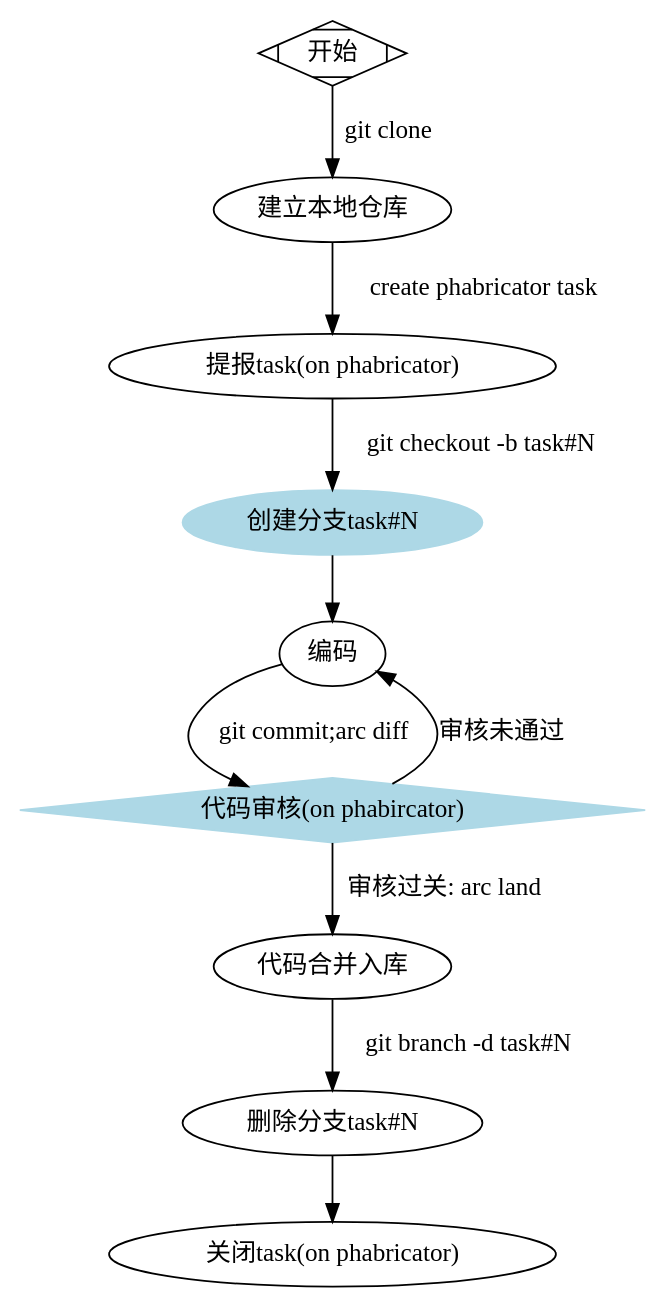
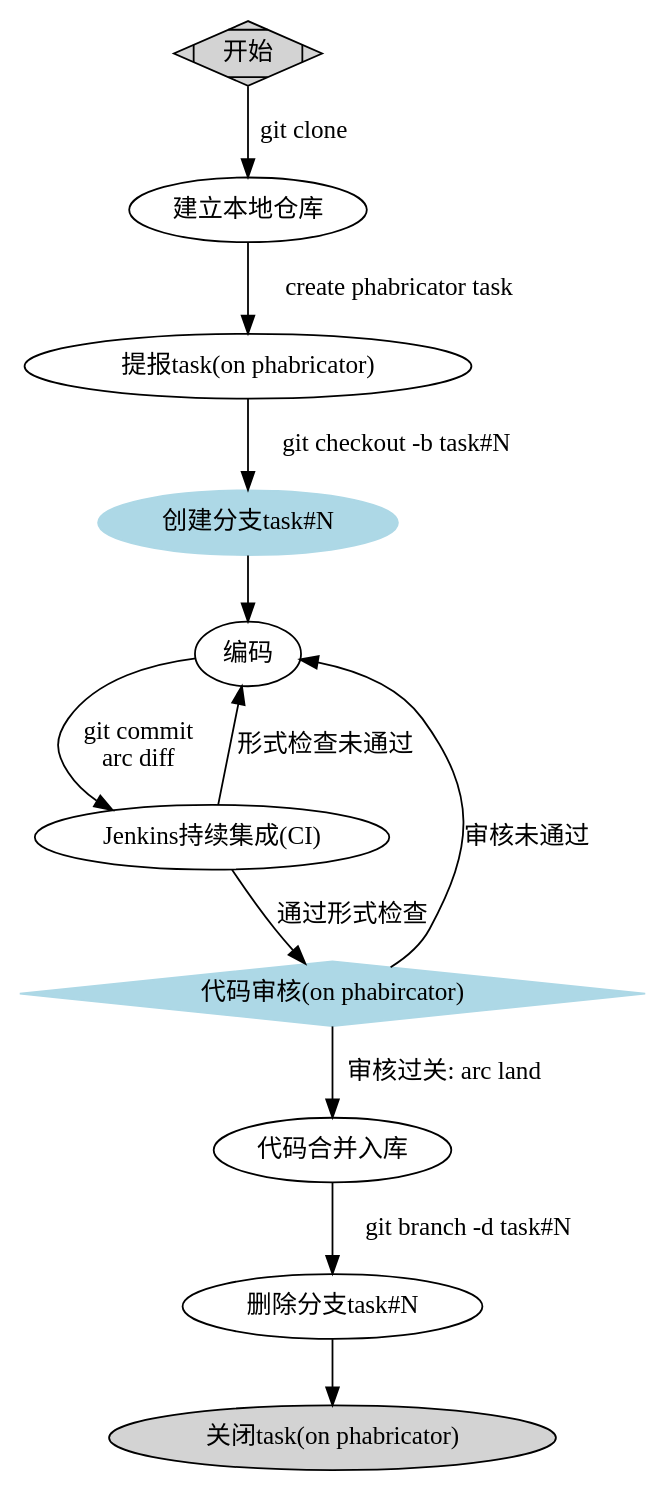
Before and after one commit to subaochen/blog: the diagram in imgs/project-management/git-phabricator.dot, drawn with Graphviz. The commit also changed 2 other files, not shown here.

```diff
--- a/imgs/project-management/git-phabricator.dot
+++ b/imgs/project-management/git-phabricator.dot
@@ -1,25 +1,28 @@
 digraph G {
-    begin[label = "开始", shape=Mdiamond];
+    begin[label = "开始", shape=Mdiamond, style=filled];
     local_repo[label = "建立本地仓库"];
     create_issue[label = "提报task(on phabricator)"];
     create_branch[label = "创建分支task#N",color="lightblue",style=filled];
     coding[label="编码"];
+    jenkins[label="Jenkins持续集成(CI)"];
     code_review[label = "代码审核(on phabircator)",shape=diamond,color="lightblue",style=filled];
     code_merge[label = "代码合并入库"];
     remove_branch[label="删除分支task#N"];
-    close_issue[label="关闭task(on phabricator)"];
+    close_issue[label="关闭task(on phabricator)",style=filled];
 
 
 
     begin->local_repo[label = "git clone"];
     local_repo->create_issue[label = "create phabricator task"];
     create_issue->create_branch[label="git checkout -b task#N"];
     create_branch->coding;
-    coding->code_review[label="git commit;arc diff"];
+    coding->jenkins[label="git commit\narc diff"];
+    jenkins->code_review[label="通过形式检查"];
+    jenkins->coding[label="形式检查未通过"];
     code_review->code_merge[label="审核过关: arc land"];
     code_merge->remove_branch[label="git branch -d task#N"];
     remove_branch->close_issue;
 
     code_review->coding[label="审核未通过"];
 
 }
```
